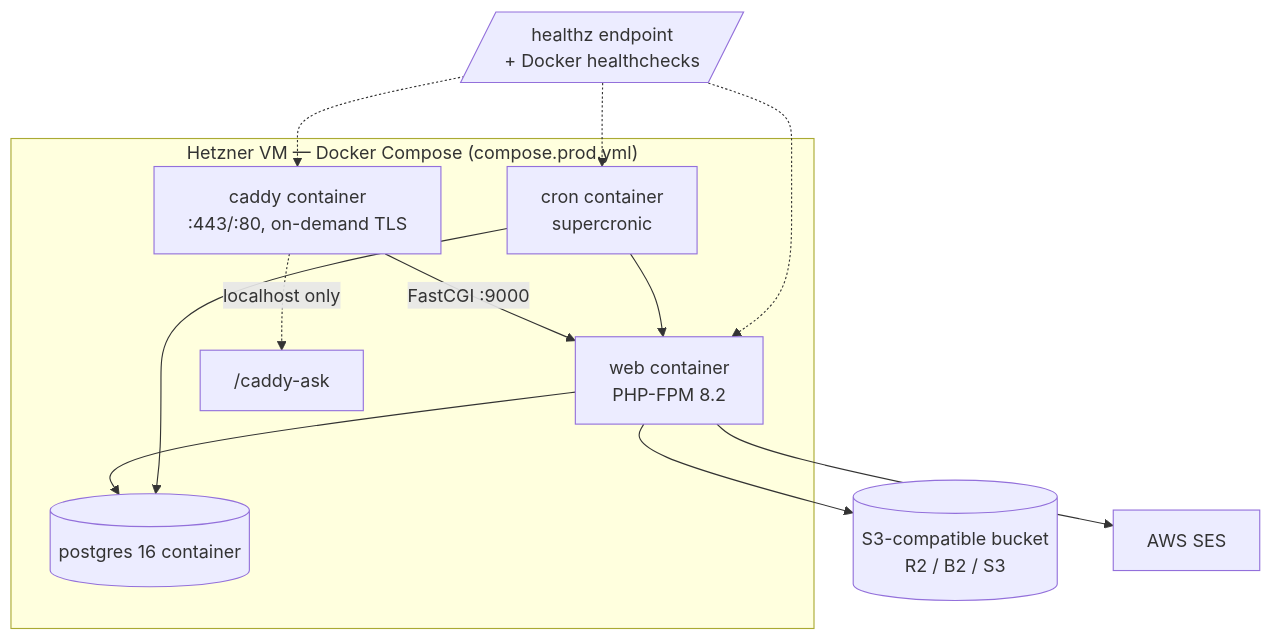
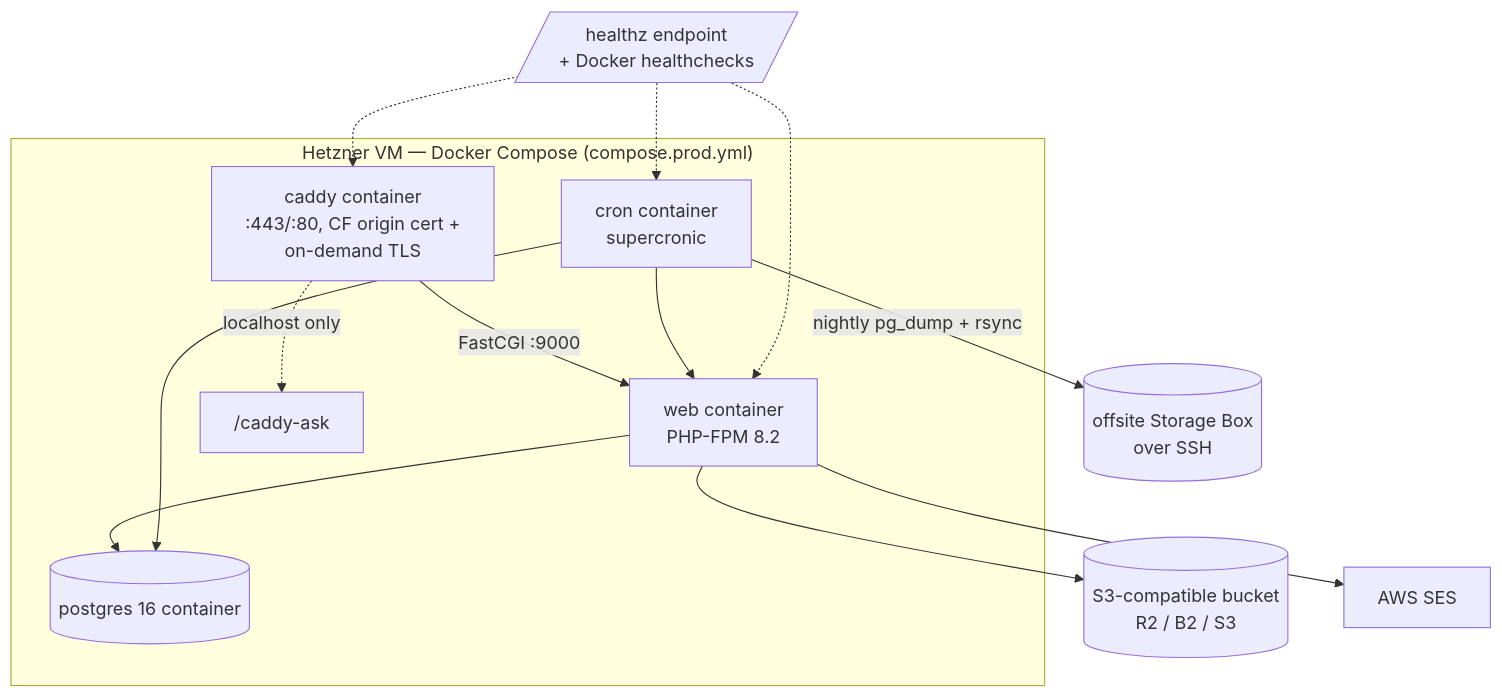
One commit to TitaniaAnn/makerfolio-saas-architecture changed the diagram in docs/07-operations.md. Above: the diagram before and after it, drawn with Mermaid. The commit also changed other lines of this file and 13 other files, not shown here.

First line of the commit message:
Refresh architecture docs against product PR #191

````diff
--- a/docs/07-operations.md
+++ b/docs/07-operations.md
@@ -8,13 +8,14 @@
 ```mermaid
 flowchart TB
     subgraph vm["Hetzner VM — Docker Compose (compose.prod.yml)"]
-        CADDY[caddy container\n:443/:80, on-demand TLS] -->|FastCGI :9000| FPM[web container\nPHP-FPM 8.2]
+        CADDY[caddy container\n:443/:80, CF origin cert +\non-demand TLS] -->|FastCGI :9000| FPM[web container\nPHP-FPM 8.2]
         CADDY -.->|localhost only| ASK["/caddy-ask"]
         FPM --> PG[(postgres 16 container)]
         CRON[cron container\nsupercronic] --> PG
         CRON --> FPM
     end
     FPM --> S3[(S3-compatible bucket\nR2 / B2 / S3)]
     FPM --> SES[AWS SES]
+    CRON -->|nightly pg_dump + rsync| BOX[(offsite Storage Box\nover SSH)]
     HC[/healthz endpoint\n+ Docker healthchecks/] -.-> CADDY & FPM & CRON
 ```
````
